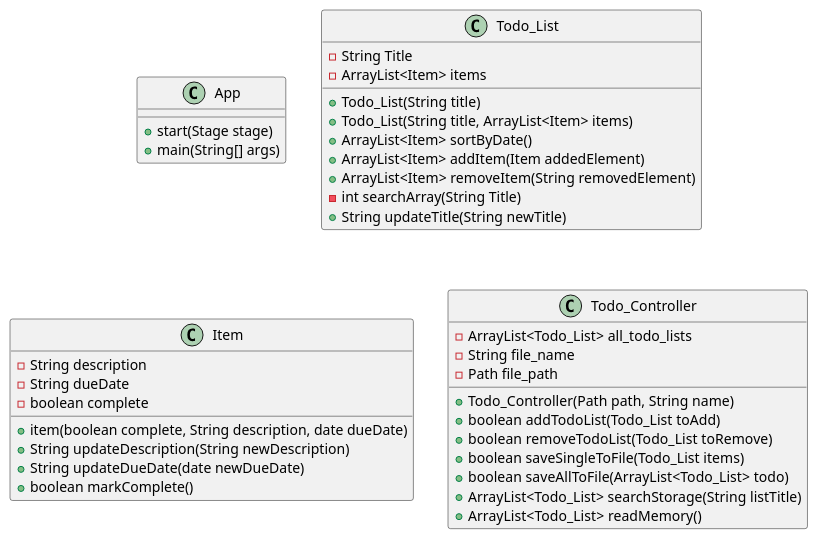
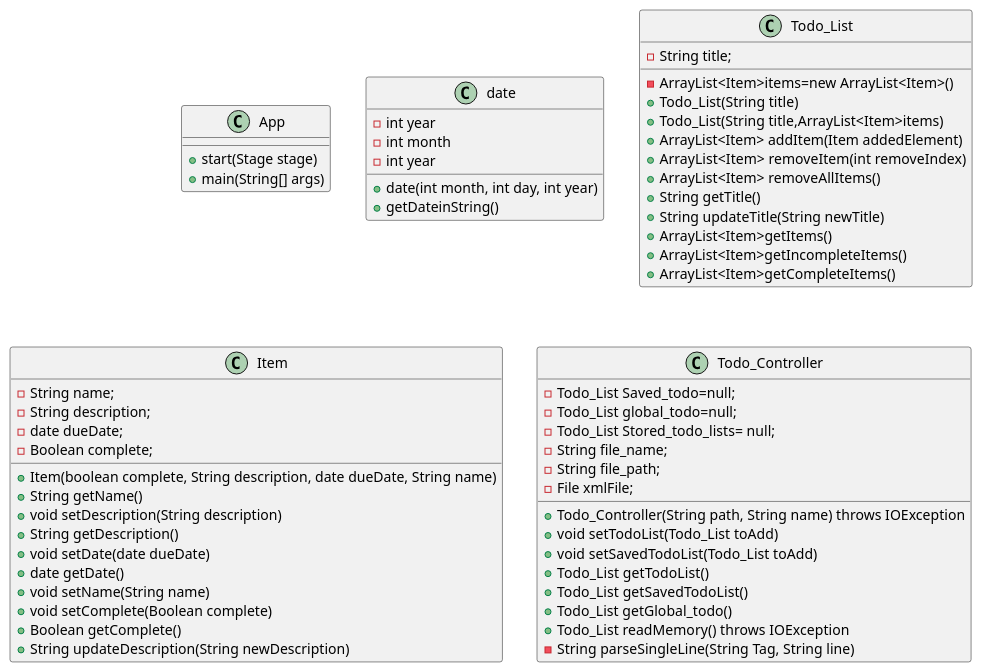
One commit to tgoldsmith2001/Goldsmith-cop3330-assignment4part2 changed the diagram in uml/Assignment_4_Class_Diagram.puml. Above: the diagram before and after it, drawn with PlantUML. The commit also changed 6 other files, not shown here.

```diff
--- a/uml/Assignment_4_Class_Diagram.puml
+++ b/uml/Assignment_4_Class_Diagram.puml
@@ -1,44 +1,66 @@
 @startuml
 'https://plantuml.com/class-diagram
 
 class App{
     + start(Stage stage)
     + main(String[] args)
 }
 
+class date{
+    -int year
+    -int month
+    -int year
+    +date(int month, int day, int year)
+    +getDateinString()
+}
+
 class Todo_List {
-    -String Title
-    -ArrayList<Item> items
+    - String title;
+    - ArrayList<Item>items=new ArrayList<Item>()
     + Todo_List(String title)
-    + Todo_List(String title, ArrayList<Item> items)
-    + ArrayList<Item> sortByDate()
-    +ArrayList<Item> addItem(Item addedElement)
-    +ArrayList<Item> removeItem(String removedElement)
-    -int searchArray(String Title)
-    +String updateTitle(String newTitle)
+    + Todo_List(String title,ArrayList<Item>items)
+    + ArrayList<Item> addItem(Item addedElement)
+    + ArrayList<Item> removeItem(int removeIndex)
+    + ArrayList<Item> removeAllItems()
+    + String getTitle()
+    + String updateTitle(String newTitle)
+    + ArrayList<Item>getItems()
+    + ArrayList<Item>getIncompleteItems()
+    + ArrayList<Item>getCompleteItems()
 }
 
 class Item{
-    -String description
-    -String dueDate
-    -boolean complete
-    +item(boolean complete, String description, date dueDate)
-    +String updateDescription(String newDescription)
-    +String updateDueDate(date newDueDate)
-    +boolean markComplete()
+       - String name;
+       - String description;
+       - date dueDate;
+       - Boolean complete;
+       + Item(boolean complete, String description, date dueDate, String name)
+       + String getName()
+       + void setDescription(String description)
+       + String getDescription()
+       + void setDate(date dueDate)
+       + date getDate()
+       + void setName(String name)
+       + void setComplete(Boolean complete)
+       + Boolean getComplete()
+       + String updateDescription(String newDescription)
 }
 
 class Todo_Controller{
-    - ArrayList<Todo_List> all_todo_lists
-    - String file_name
-    - Path file_path
-    + Todo_Controller(Path path, String name)
-    + boolean addTodoList(Todo_List toAdd)
-    + boolean removeTodoList(Todo_List toRemove)
-    + boolean saveSingleToFile(Todo_List items)
-    + boolean saveAllToFile(ArrayList<Todo_List> todo)
-    + ArrayList<Todo_List> searchStorage(String listTitle)
-    + ArrayList<Todo_List> readMemory()
+       - Todo_List Saved_todo=null;
+       - Todo_List global_todo=null;
+       - Todo_List Stored_todo_lists= null;
+       - String file_name;
+       - String file_path;
+       - File xmlFile;
+       + Todo_Controller(String path, String name) throws IOException
+       + void setTodoList(Todo_List toAdd)
+       + void setSavedTodoList(Todo_List toAdd)
+       + Todo_List getTodoList()
+       + Todo_List getSavedTodoList()
+       + Todo_List getGlobal_todo()
+       + Todo_List readMemory() throws IOException
+       - String parseSingleLine(String Tag, String line)
 }
 
 @enduml
```
